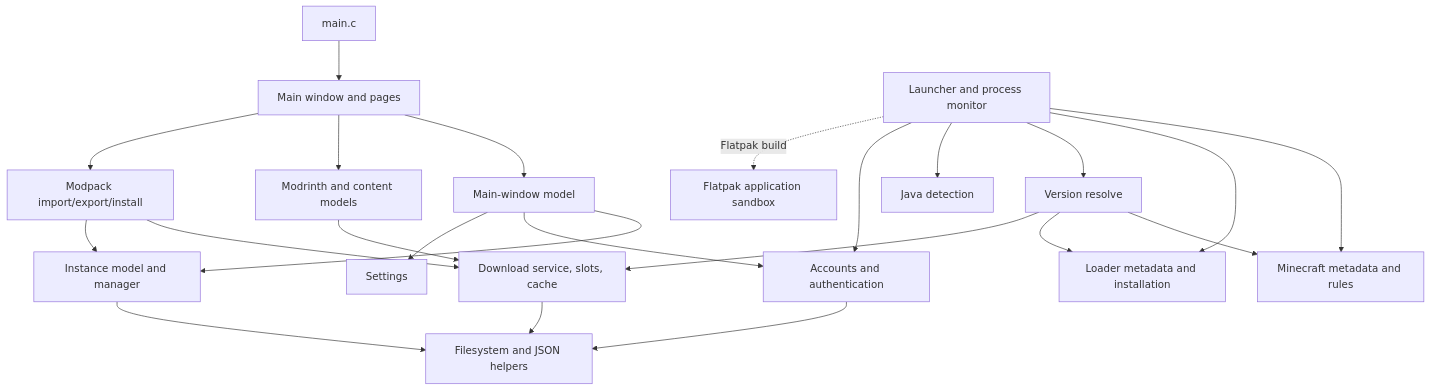
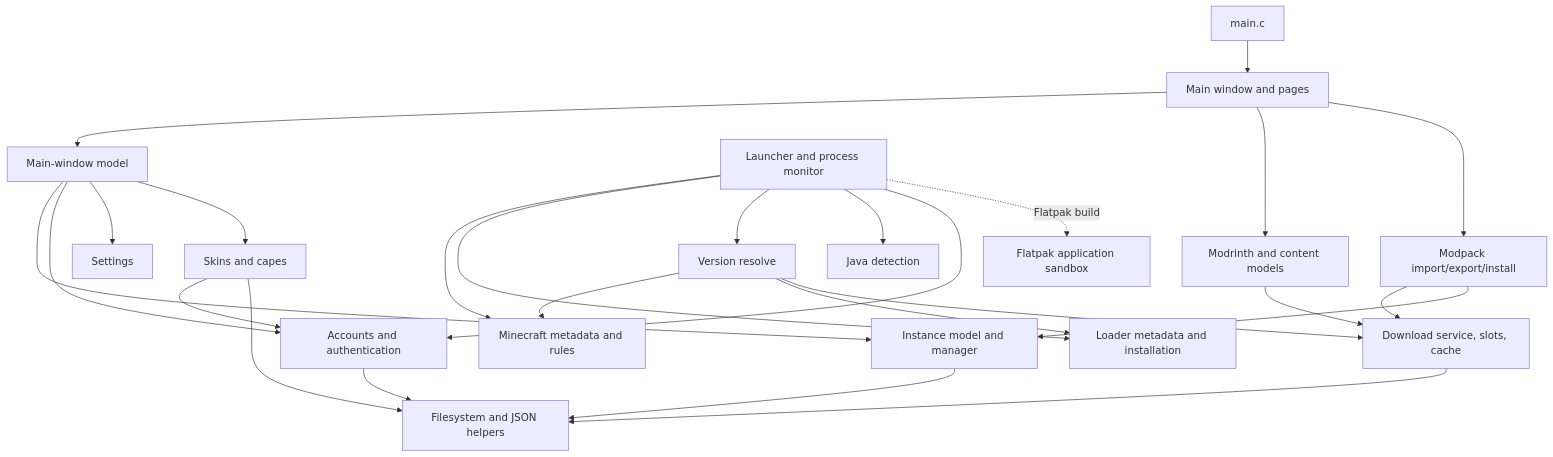
The second of 3 diagrams in docs/architecture.md (NuvashaLauncher/NuvashaLauncher), drawn with Mermaid before and after one commit. The commit also changed other lines of this file and 1 other file, not shown here.

Commit message:
Refresh architecture diagrams

````diff
--- a/docs/architecture.md
+++ b/docs/architecture.md
@@ -77,42 +79,46 @@
 ```mermaid
 flowchart TD
     Main[main.c]
     Window[Main window and pages]
     Model[Main-window model]
     Instances[Instance model and manager]
     Accounts[Accounts and authentication]
     Settings[Settings]
     Content[Modrinth and content models]
     Packs[Modpack import/export/install]
     Versions[Minecraft metadata and rules]
     Loaders[Loader metadata and installation]
     Resolve[Version resolve]
     Downloads[Download service, slots, cache]
     Launch[Launcher and process monitor]
     Java[Java detection]
+    Skins[Skins and capes]
     Flatpak[Flatpak application sandbox]
     FS[Filesystem and JSON helpers]
 
     Main --> Window
     Window --> Model
     Model --> Instances
     Model --> Accounts
     Model --> Settings
+    Model --> Skins
     Window --> Content
     Window --> Packs
     Content --> Downloads
     Packs --> Downloads
     Packs --> Instances
     Launch --> Versions
     Launch --> Loaders
     Launch --> Resolve
     Launch --> Java
     Launch --> Accounts
+    Skins --> Accounts
     Resolve --> Versions
     Resolve --> Loaders
     Resolve --> Downloads
     Launch -. Flatpak build .-> Flatpak
     Instances --> FS
     Accounts --> FS
     Downloads --> FS
+    Skins --> FS
 ```
````
